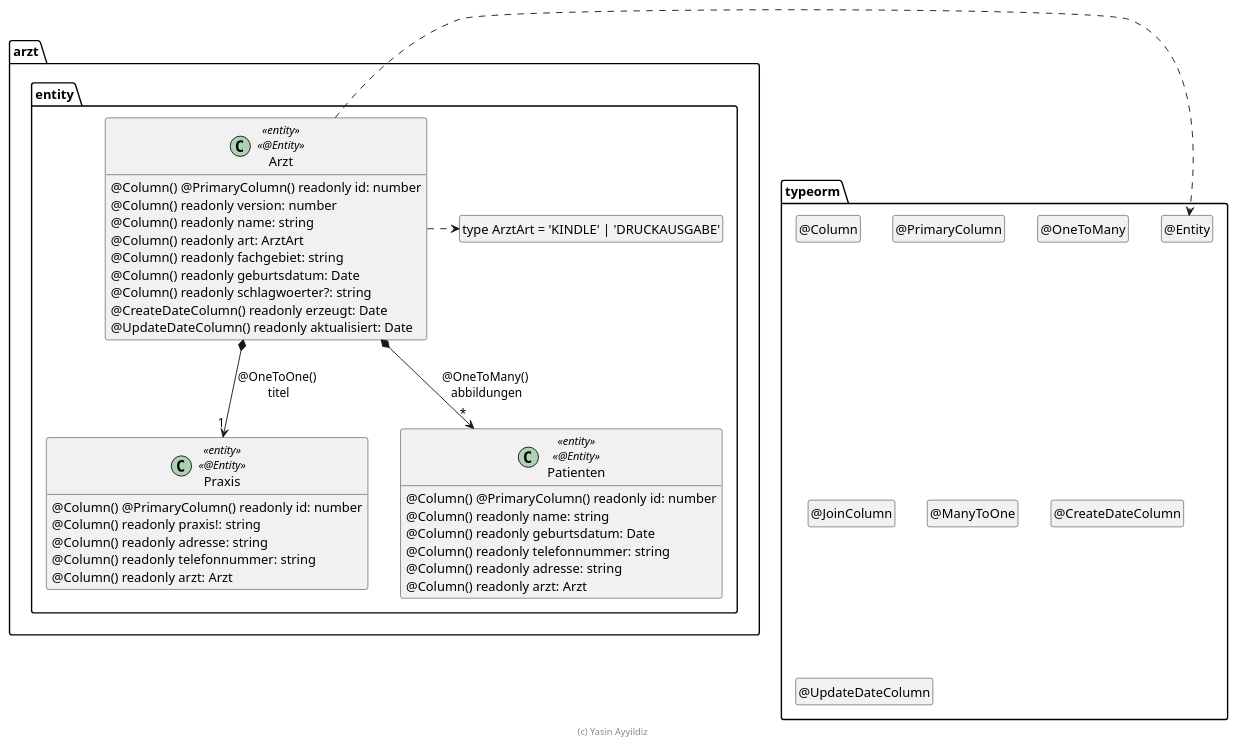
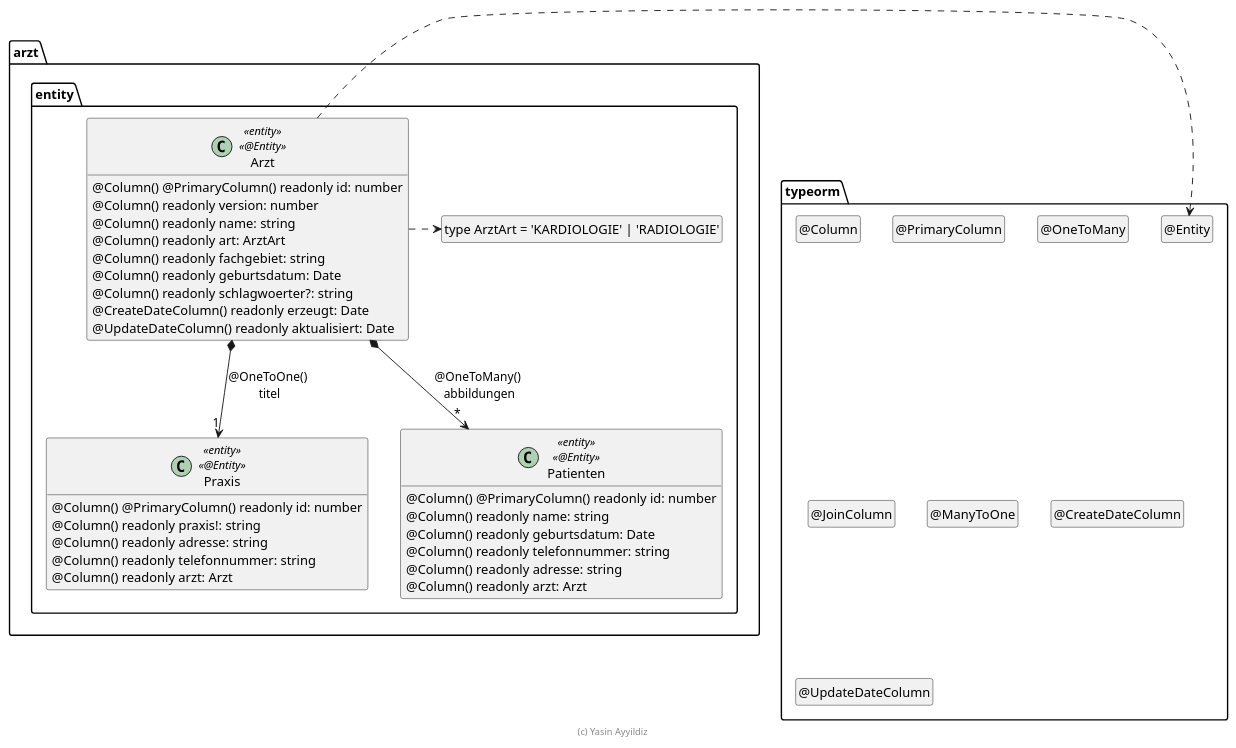
One commit to YasinEn03/arzt-v1 changed the diagram in .extras/doc/projekthandbuch/Arzt.plantuml. Above: the diagram before and after it, drawn with PlantUML.

Commit message:
ci-fuer abgabe

```diff
--- a/.extras/doc/projekthandbuch/Arzt.plantuml
+++ b/.extras/doc/projekthandbuch/Arzt.plantuml
@@ -1,68 +1,68 @@
 @startuml Entity
 
 package typeorm {
   class "@Entity" as Entity
   hide Entity circle
   class "@Column" as Column
   hide Column circle
   class "@PrimaryColumn" as PrimaryColumn
   hide PrimaryColumn circle
   class "@OneToMany" as OneToMany
   hide OneToMany circle
   class "@JoinColumn" as JoinColumn
   hide JoinColumn circle
   class "@ManyToOne" as ManyToOne
   hide ManyToOne circle
   class "@CreateDateColumn" as CreateDateColumn
   hide CreateDateColumn circle
   class "@UpdateDateColumn" as UpdateDateColumn
   hide UpdateDateColumn circle
 }
 
 package arzt.entity {
-  class "type ArztArt = 'KINDLE' | 'DRUCKAUSGABE'" as ArztArt
+  class "type ArztArt = 'KARDIOLOGIE' | 'RADIOLOGIE'" as ArztArt
   hide ArztArt circle
 
   class Arzt <<entity>> <<@Entity>> {
     @Column() @PrimaryColumn() readonly id: number
     @Column() readonly version: number
     @Column() readonly name: string
     @Column() readonly art: ArztArt
     @Column() readonly fachgebiet: string
     @Column() readonly geburtsdatum: Date
     @Column() readonly schlagwoerter?: string
     @CreateDateColumn() readonly erzeugt: Date
     @UpdateDateColumn() readonly aktualisiert: Date
   }
 
   class Praxis <<entity>> <<@Entity>> {
     @Column() @PrimaryColumn() readonly id: number
     @Column() readonly praxis!: string
     @Column() readonly adresse: string
     @Column() readonly telefonnummer: string
     @Column() readonly arzt: Arzt
 
   }
 
   class Patienten <<entity>> <<@Entity>> {
     @Column() @PrimaryColumn() readonly id: number
     @Column() readonly name: string
     @Column() readonly geburtsdatum: Date
     @Column() readonly telefonnummer: string
     @Column() readonly adresse: string
     @Column() readonly arzt: Arzt
 
   }
 
   Arzt *--> "1" Praxis : @OneToOne() \ntitel
   Arzt *--> "*" Patienten : @OneToMany() \nabbildungen
 
   Arzt .right.> Entity
   Arzt .right.> ArztArt
 }
 
 hide empty members
 
 footer (c) Yasin Ayyildiz
 
 @enduml
```
